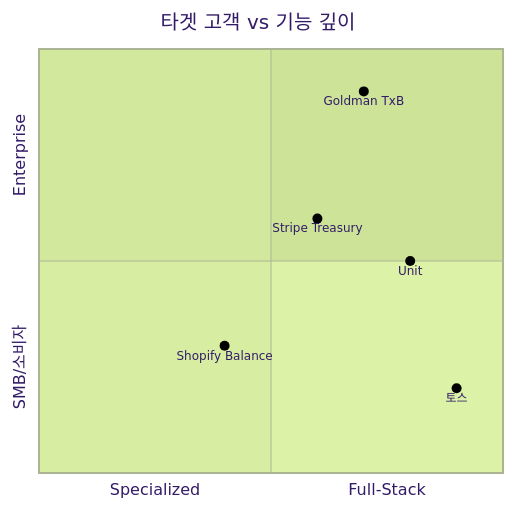
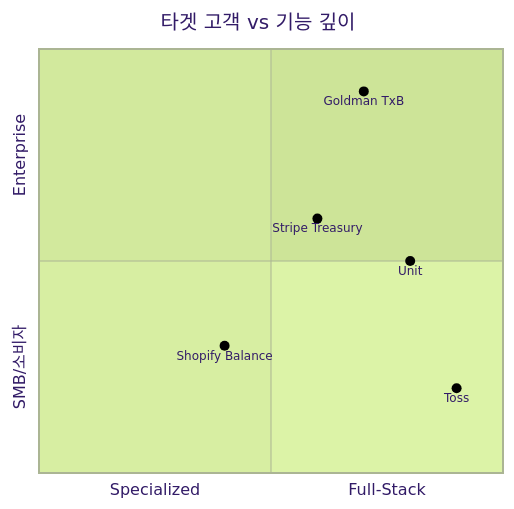
One commit to OkyoKwon/studyNresearch changed the diagram in docs/domains/embedded-finance/products/index.md. Above: the diagram before and after it, drawn with Mermaid (forest theme). The commit also changed 10 other files, not shown here.

````diff
--- a/docs/domains/embedded-finance/products/index.md
+++ b/docs/domains/embedded-finance/products/index.md
@@ -20,11 +20,11 @@
 ```mermaid
 quadrantChart
     title 타겟 고객 vs 기능 깊이
     x-axis Specialized --> Full-Stack
     y-axis SMB/소비자 --> Enterprise
     Stripe Treasury: [0.6, 0.6]
     Shopify Balance: [0.4, 0.3]
     Unit: [0.8, 0.5]
     Goldman TxB: [0.7, 0.9]
-    토스: [0.9, 0.2]
+    Toss: [0.9, 0.2]
 ```
````
